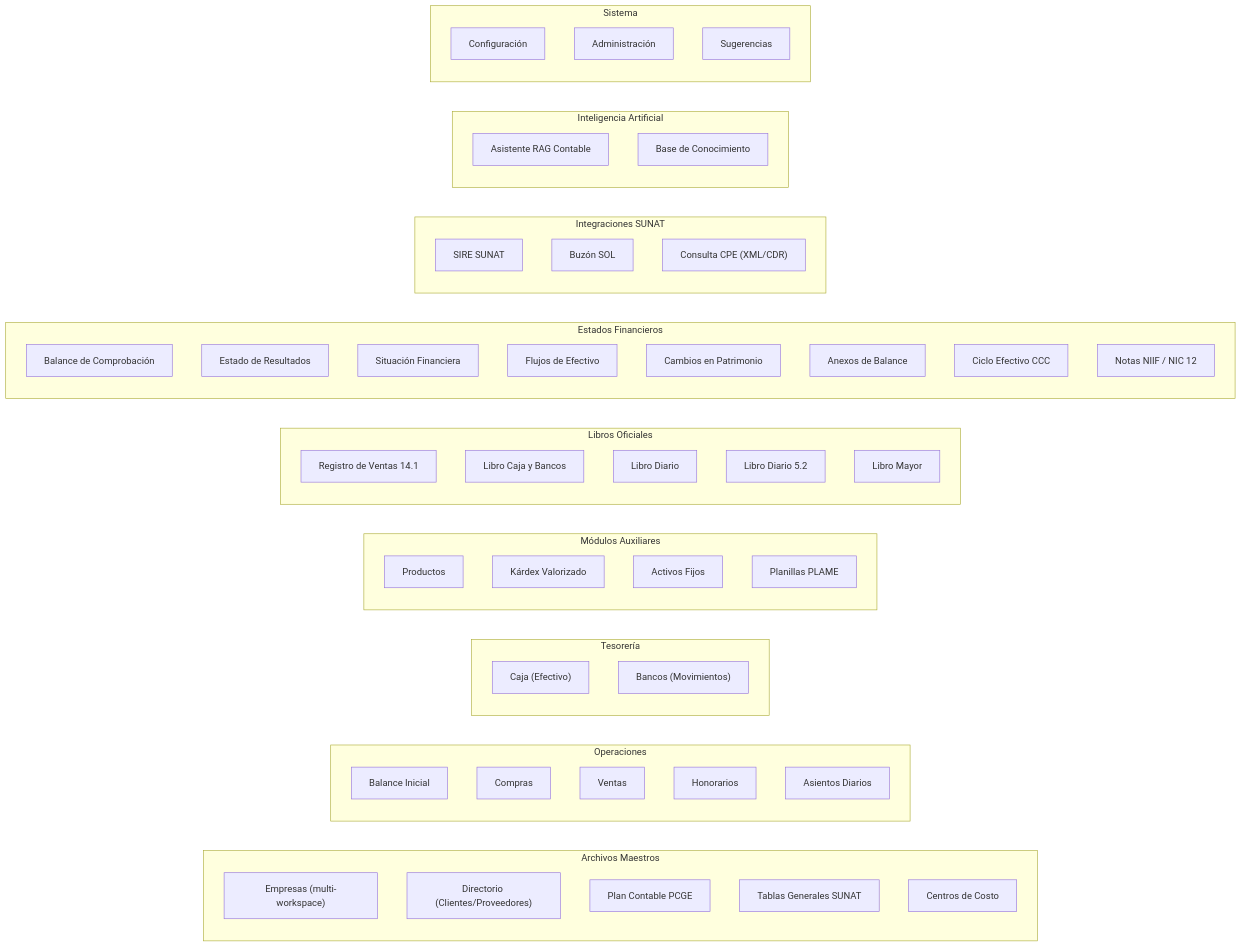
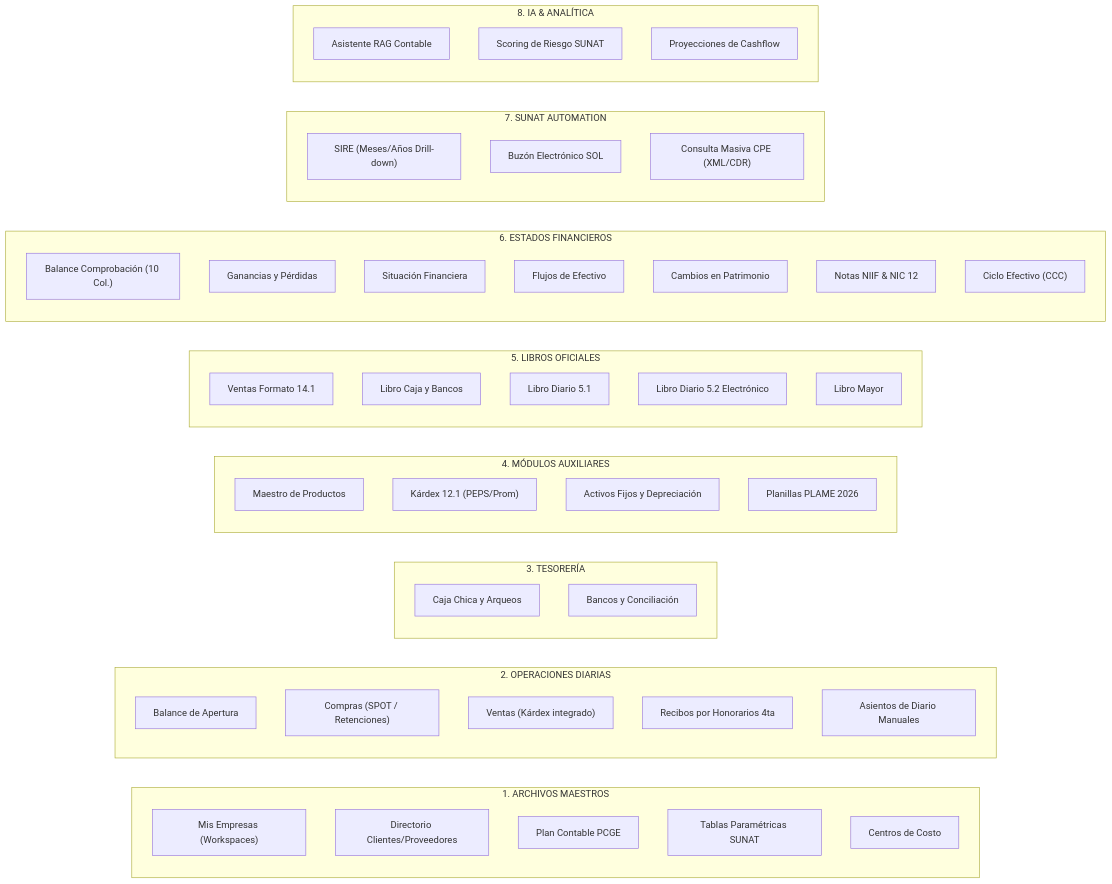
Before and after one commit to aangelo2555/softcontableperu1: the fourth of 4 diagrams in auditoria.md, drawn with Mermaid. The commit also changed other lines of this file and 2 other files, not shown here.

Commit message:
feat(cpe): agregar barra de desplazamiento horizontal perenne, arrastre con mouse y actualizar auditoria.md

````diff
--- a/auditoria.md
+++ b/auditoria.md
@@ -556,66 +476,60 @@
 ```mermaid
 graph LR
-    subgraph "Archivos Maestros"
-        AM1["Empresas (multi-workspace)"]
-        AM2["Directorio (Clientes/Proveedores)"]
-        AM3["Plan Contable PCGE"]
-        AM4["Tablas Generales SUNAT"]
-        AM5["Centros de Costo"]
+    subgraph "1. ARCHIVOS MAESTROS"
+        M1["Mis Empresas (Workspaces)"]
+        M2["Directorio Clientes/Proveedores"]
+        M3["Plan Contable PCGE"]
+        M4["Tablas Paramétricas SUNAT"]
+        M5["Centros de Costo"]
     end
-    
-    subgraph "Operaciones"
-        OP1["Balance Inicial"]
-        OP2["Compras"]
-        OP3["Ventas"]
-        OP4["Honorarios"]
-        OP5["Asientos Diarios"]
+
+    subgraph "2. OPERACIONES DIARIAS"
+        O1["Balance de Apertura"]
+        O2["Compras (SPOT / Retenciones)"]
+        O3["Ventas (Kárdex integrado)"]
+        O4["Recibos por Honorarios 4ta"]
+        O5["Asientos de Diario Manuales"]
     end
-    
-    subgraph "Tesorería"
-        TS1["Caja (Efectivo)"]
-        TS2["Bancos (Movimientos)"]
+
+    subgraph "3. TESORERÍA"
+        T1["Caja Chica y Arqueos"]
+        T2["Bancos y Conciliación"]
     end
-    
-    subgraph "Módulos Auxiliares"
-        AX1["Productos"]
-        AX2["Kárdex Valorizado"]
-        AX3["Activos Fijos"]
-        AX4["Planillas PLAME"]
+
+    subgraph "4. MÓDULOS AUXILIARES"
+        A1["Maestro de Productos"]
+        A2["Kárdex 12.1 (PEPS/Prom)"]
+        A3["Activos Fijos y Depreciación"]
+        A4["Planillas PLAME 2026"]
     end
-    
-    subgraph "Libros Oficiales"
-        LO1["Registro de Ventas 14.1"]
-        LO2["Libro Caja y Bancos"]
-        LO3["Libro Diario"]
-        LO4["Libro Diario 5.2"]
-        LO5["Libro Mayor"]
+
+    subgraph "5. LIBROS OFICIALES"
+        L1["Ventas Formato 14.1"]
+        L2["Libro Caja y Bancos"]
+        L3["Libro Diario 5.1"]
+        L4["Libro Diario 5.2 Electrónico"]
+        L5["Libro Mayor"]
     end
-    
-    subgraph "Estados Financieros"
-        EF1["Balance de Comprobación"]
-        EF2["Estado de Resultados"]
-        EF3["Situación Financiera"]
-        EF4["Flujos de Efectivo"]
-        EF5["Cambios en Patrimonio"]
-        EF6["Anexos de Balance"]
-        EF7["Ciclo Efectivo CCC"]
-        EF8["Notas NIIF / NIC 12"]
+
+    subgraph "6. ESTADOS FINANCIEROS"
+        E1["Balance Comprobación (10 Col.)"]
+        E2["Ganancias y Pérdidas"]
+        E3["Situación Financiera"]
+        E4["Flujos de Efectivo"]
+        E5["Cambios en Patrimonio"]
+        E6["Notas NIIF & NIC 12"]
+        E7["Ciclo Efectivo (CCC)"]
     end
-    
-    subgraph "Integraciones SUNAT"
-        SU1["SIRE SUNAT"]
-        SU2["Buzón SOL"]
-        SU3["Consulta CPE (XML/CDR)"]
+
+    subgraph "7. SUNAT AUTOMATION"
+        S1["SIRE (Meses/Años Drill-down)"]
+        S2["Buzón Electrónico SOL"]
+        S3["Consulta Masiva CPE (XML/CDR)"]
     end
-    
-    subgraph "Inteligencia Artificial"
-        IA1["Asistente RAG Contable"]
-        IA2["Base de Conocimiento"]
-    end
-    
-    subgraph "Sistema"
-        SY1["Configuración"]
-        SY2["Administración"]
-        SY3["Sugerencias"]
+
+    subgraph "8. IA & ANALÍTICA"
+        I1["Asistente RAG Contable"]
+        I2["Scoring de Riesgo SUNAT"]
+        I3["Proyecciones de Cashflow"]
     end
 ```
````
